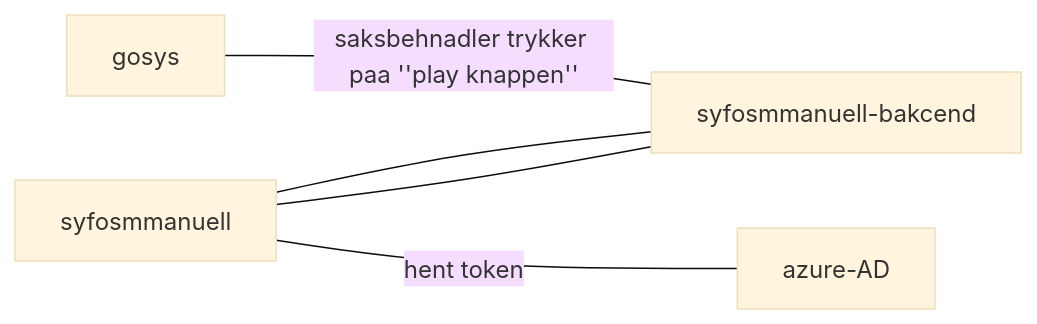
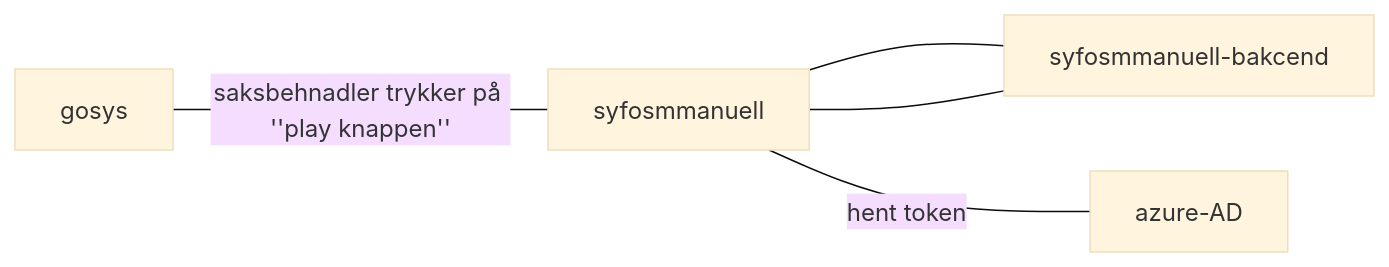
One commit to navikt/syfosmmanuell changed the diagram in README.md. Above: the diagram before and after it, drawn with Mermaid (base theme).

Commit message:
Added in å

````diff
--- a/README.md
+++ b/README.md
@@ -16,7 +16,7 @@
 ```mermaid
     graph LR;
-        gosys -- saksbehnadler trykker paa ''play knappen'' --- syfosmmanuell-bakcend;
+        gosys -- "saksbehnadler trykker på ''play knappen''" --- syfosmmanuell;
         syfosmmanuell --- syfosmmanuell-bakcend ;
         syfosmmanuell --- syfosmmanuell-bakcend ;
         syfosmmanuell -- hent token --- azure-AD;
 ```
````
